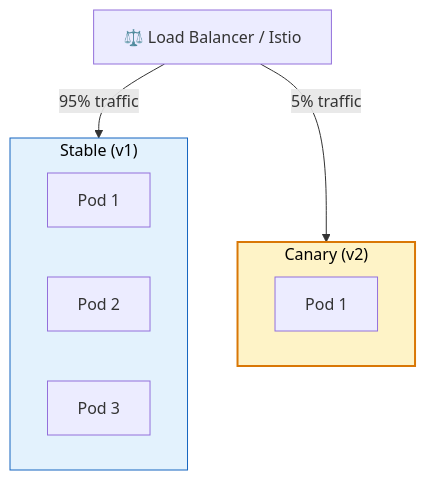
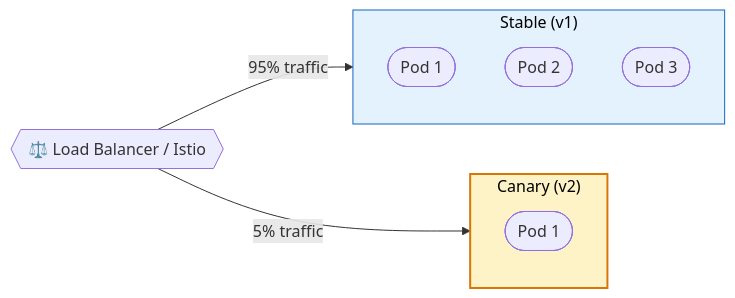
One commit to saivamsikaruturi/vamsilabs-dev-notes-main changed the fourth of 6 diagrams in docs/microservices/deployment-strategies.md. Above: the diagram before and after it, drawn with Mermaid. The commit also changed other lines of this file and 146 other files, not shown here.

Commit message:
Horizontal diagrams, UML class diagrams, typography overhaul, and permalink cleanup

````diff
--- a/docs/microservices/deployment-strategies.md
+++ b/docs/microservices/deployment-strategies.md
@@ -133,20 +133,20 @@
 ```mermaid
-flowchart TD
-    LB["⚖️ Load Balancer / Istio"]
+flowchart LR
+    LB{{"⚖️ Load Balancer / Istio"}}
     
     subgraph Stable["Stable (v1)"]
-        S1["Pod 1"]
-        S2["Pod 2"]
-        S3["Pod 3"]
+        S1(["Pod 1"])
+        S2(["Pod 2"])
+        S3(["Pod 3"])
     end
     
     subgraph Canary["Canary (v2)"]
-        C1["Pod 1"]
+        C1(["Pod 1"])
     end
 
     LB -->|"95% traffic"| Stable
     LB -->|"5% traffic"| Canary
 
     style Stable fill:#E3F2FD,stroke:#1565C0,color:#000
     style Canary fill:#FEF3C7,stroke:#D97706,stroke-width:2px,color:#000
 ```
````
